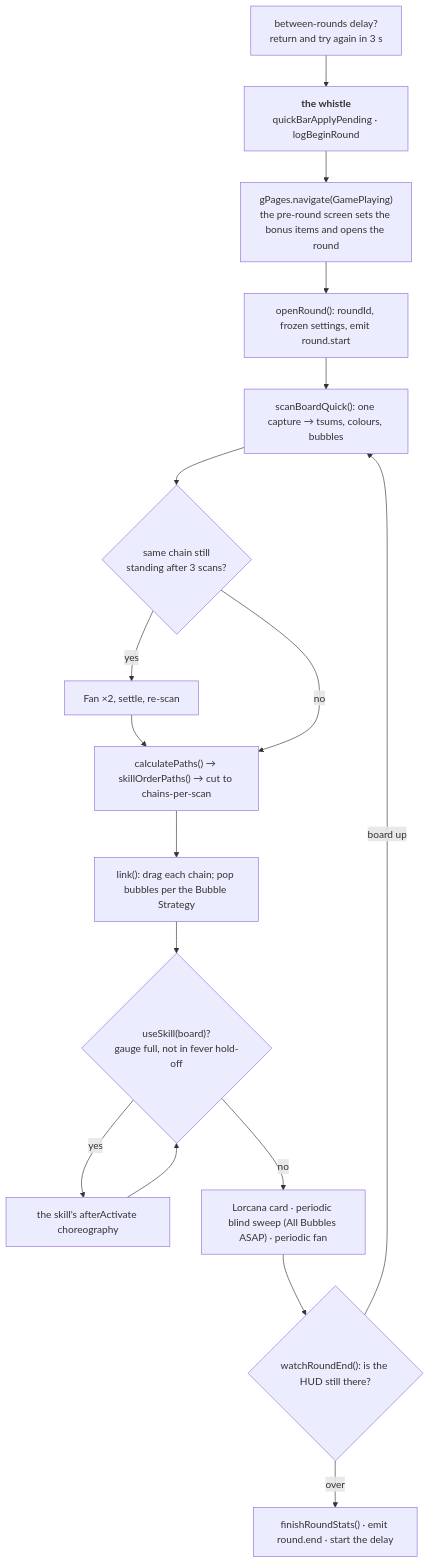
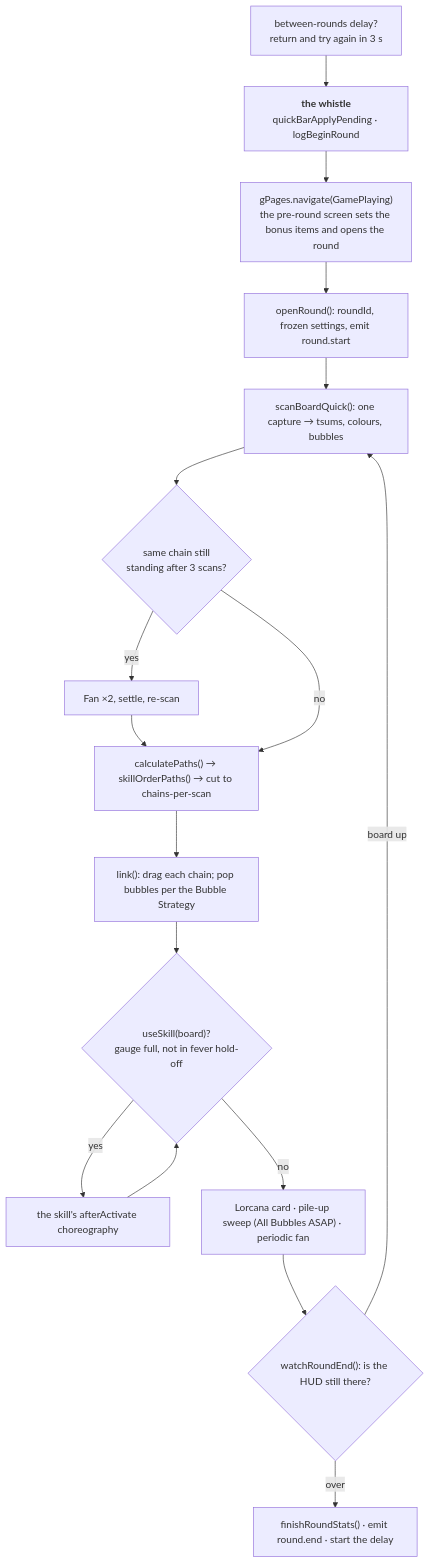
Before and after one commit to TsumTsumScripts/tsum-tsum-script: the diagram in website/docs/architecture/play-loop.md, drawn with Mermaid. The commit also changed other lines of this file and 17 other files, not shown here.

First line of the commit message:
Bubbles: add Save One strategy (pop all but the richest bubble)

````diff
--- a/website/docs/architecture/play-loop.md
+++ b/website/docs/architecture/play-loop.md
@@ -13,25 +13,25 @@
 ```mermaid
 flowchart TD
   delay["between-rounds delay?<br/>return and try again in 3 s"]
   whistle["<b>the whistle</b><br/>quickBarApplyPending · logBeginRound"]
   nav["gPages.navigate(GamePlaying)<br/>the pre-round screen sets the bonus items and opens the round"]
   open["openRound(): roundId, frozen settings, emit round.start"]
   scan["scanBoardQuick(): one capture → tsums, colours, bubbles"]
   stall{"same chain still<br/>standing after 3 scans?"}
   fan["Fan ×2, settle, re-scan"]
   paths["calculatePaths() → skillOrderPaths() → cut to chains-per-scan"]
   link["link(): drag each chain; pop bubbles per the Bubble Strategy"]
   skill{"useSkill(board)?<br/>gauge full, not in fever hold-off"}
   choreo["the skill's afterActivate choreography"]
-  extras["Lorcana card · periodic blind sweep (All Bubbles ASAP) · periodic fan"]
+  extras["Lorcana card · pile-up sweep (All Bubbles ASAP) · periodic fan"]
   live{"watchRoundEnd(): is the HUD still there?"}
   over["finishRoundStats() · emit round.end · start the delay"]
   delay --> whistle --> nav --> open --> scan --> stall
   stall -- yes --> fan --> paths
   stall -- no --> paths
   paths --> link --> skill
   skill -- yes --> choreo --> skill
   skill -- no --> extras --> live
   live -- board up --> scan
   live -- over --> over
 ```
````
